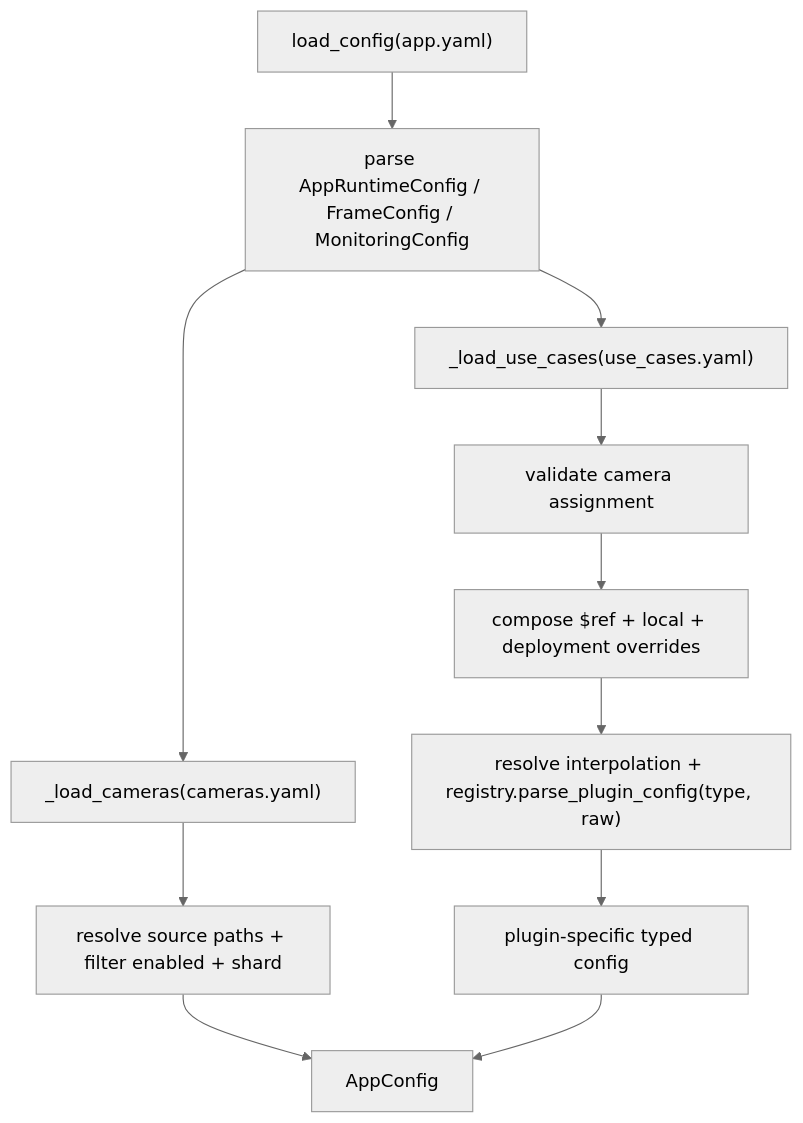
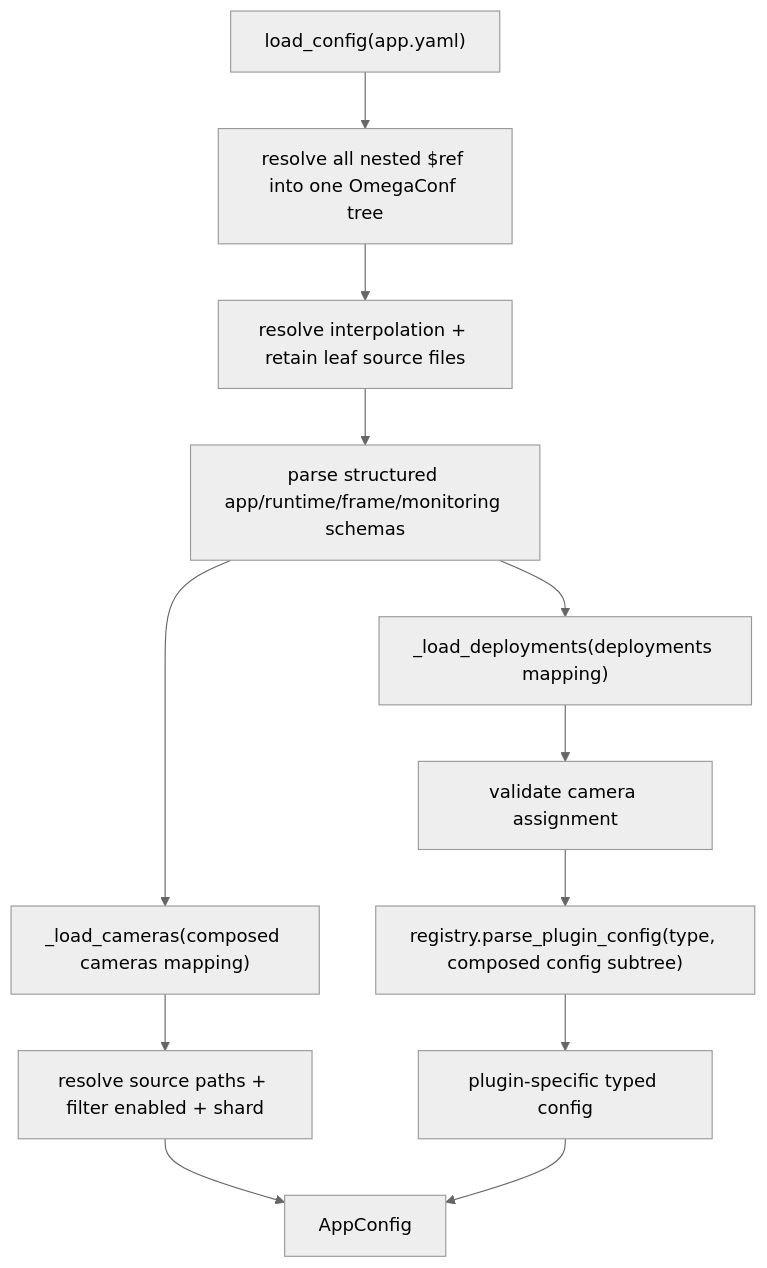
The second of 4 diagrams in TEMP_SOURCE_READING_GUIDE.md (ntdat02092002/vision-stream-lab), drawn with Mermaid (neutral theme) before and after one commit. The commit also changed other lines of this file and 40 other files, not shown here.

Commit message:
refactor config compose

````diff
--- a/TEMP_SOURCE_READING_GUIDE.md
+++ b/TEMP_SOURCE_READING_GUIDE.md
@@ -247,13 +248,14 @@
 ```mermaid
 flowchart TD
-    A["load_config(app.yaml)"] --> B["parse AppRuntimeConfig / FrameConfig / MonitoringConfig"]
-    B --> C["_load_cameras(cameras.yaml)"]
+    A["load_config(app.yaml)"] --> R["resolve all nested $ref into one OmegaConf tree"]
+    R --> O["resolve interpolation + retain leaf source files"]
+    O --> B["parse structured app/runtime/frame/monitoring schemas"]
+    B --> C["_load_cameras(composed cameras mapping)"]
     C --> D["resolve source paths + filter enabled + shard"]
-    B --> E["_load_use_cases(use_cases.yaml)"]
+    B --> E["_load_deployments(deployments mapping)"]
     E --> F["validate camera assignment"]
-    F --> G["compose $ref + local + deployment overrides"]
-    G --> H["resolve interpolation + registry.parse_plugin_config(type, raw)"]
+    F --> H["registry.parse_plugin_config(type, composed config subtree)"]
     H --> I["plugin-specific typed config"]
     D --> J["AppConfig"]
     I --> J
 ```
````
